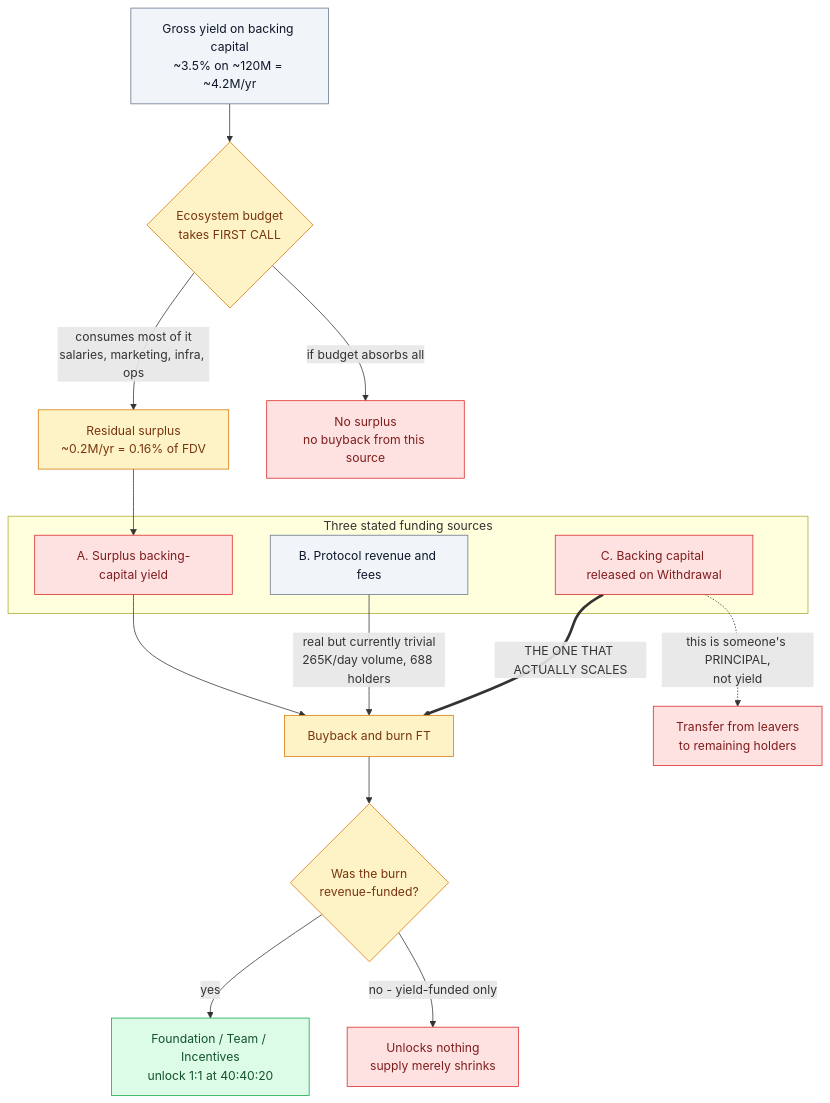
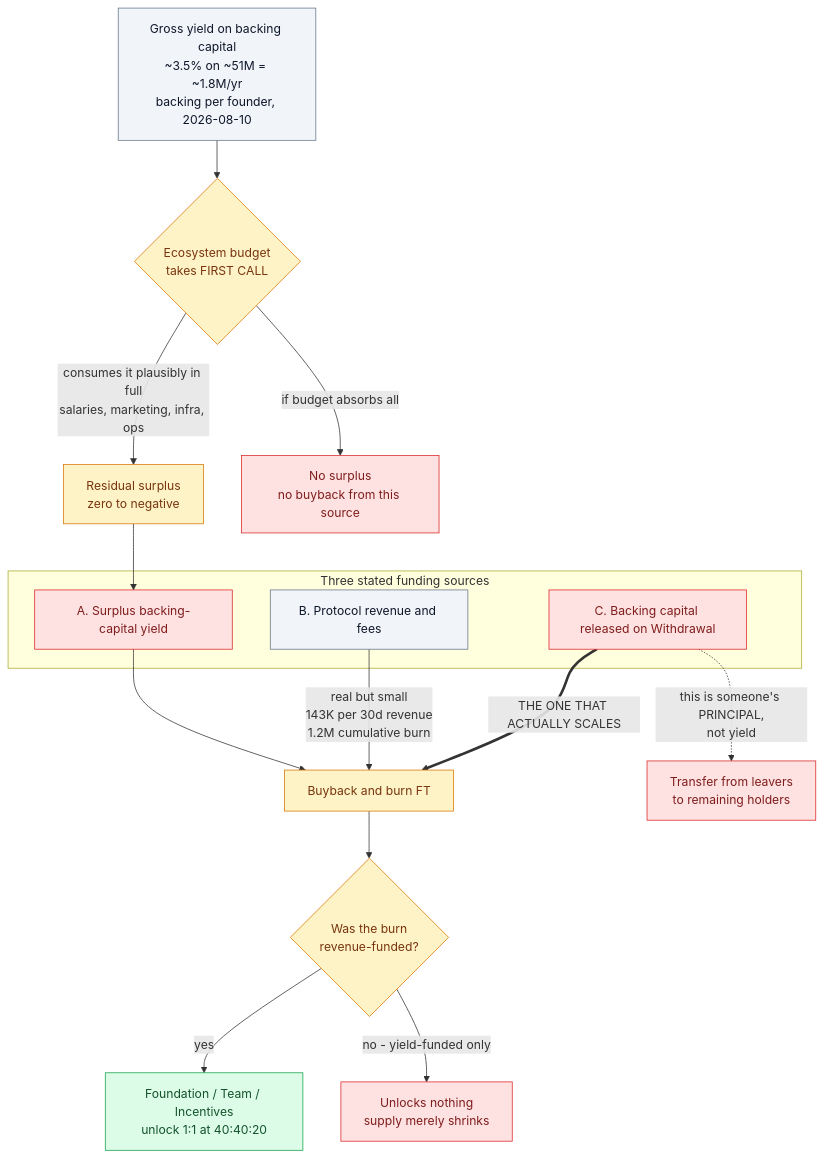
Before and after one commit to m0n3r0/flying-tulip-audit: the second of 5 diagrams in research/01-protocol-overview.md, drawn with Mermaid. The commit also changed other lines of this file and 5 other files, not shown here.

````diff
--- a/research/01-protocol-overview.md
+++ b/research/01-protocol-overview.md
@@ -94,34 +101,34 @@
 ```mermaid
 flowchart TB
     subgraph SRC["Three stated funding sources"]
         A["A. Surplus backing-capital yield"]
         B["B. Protocol revenue and fees"]
         C["C. Backing capital released on Withdrawal"]
     end
 
-    GROSS["Gross yield on backing capital<br/>~3.5% on ~120M = ~4.2M/yr"]
+    GROSS["Gross yield on backing capital<br/>~3.5% on ~51M = ~1.8M/yr<br/>backing per founder, 2026-08-10"]
 
     GROSS --> OPEX{"Ecosystem budget<br/>takes FIRST CALL"}
-    OPEX -->|"consumes most of it<br/>salaries, marketing, infra, ops"| RESID["Residual surplus<br/>~0.2M/yr = 0.16% of FDV"]
+    OPEX -->|"consumes it plausibly in full<br/>salaries, marketing, infra, ops"| RESID["Residual surplus<br/>zero to negative"]
     OPEX -->|"if budget absorbs all"| ZERO["No surplus<br/>no buyback from this source"]
 
     RESID --> A
     A --> BURN["Buyback and burn FT"]
-    B -->|"real but currently trivial<br/>265K/day volume, 688 holders"| BURN
+    B -->|"real but small<br/>143K per 30d revenue<br/>1.2M cumulative burn"| BURN
     C ==>|"THE ONE THAT ACTUALLY SCALES"| BURN
 
     C -.->|"this is someone's PRINCIPAL,<br/>not yield"| NOTE["Transfer from leavers<br/>to remaining holders"]
 
     BURN --> UNLOCK{"Was the burn<br/>revenue-funded?"}
     UNLOCK -->|"yes"| UN40["Foundation / Team / Incentives<br/>unlock 1:1 at 40:40:20"]
     UNLOCK -->|"no - yield-funded only"| NONE["Unlocks nothing<br/>supply merely shrinks"]
 
     classDef good fill:#dcfce7,stroke:#16a34a,color:#14532d
     classDef warn fill:#fef3c7,stroke:#d97706,color:#78350f
     classDef bad fill:#fee2e2,stroke:#dc2626,color:#7f1d1d
     classDef neutral fill:#f1f5f9,stroke:#64748b,color:#0f172a
     class GROSS,B neutral
     class OPEX,RESID,BURN,UNLOCK warn
     class ZERO,A,C,NOTE,NONE bad
     class UN40 good
 ```
````
